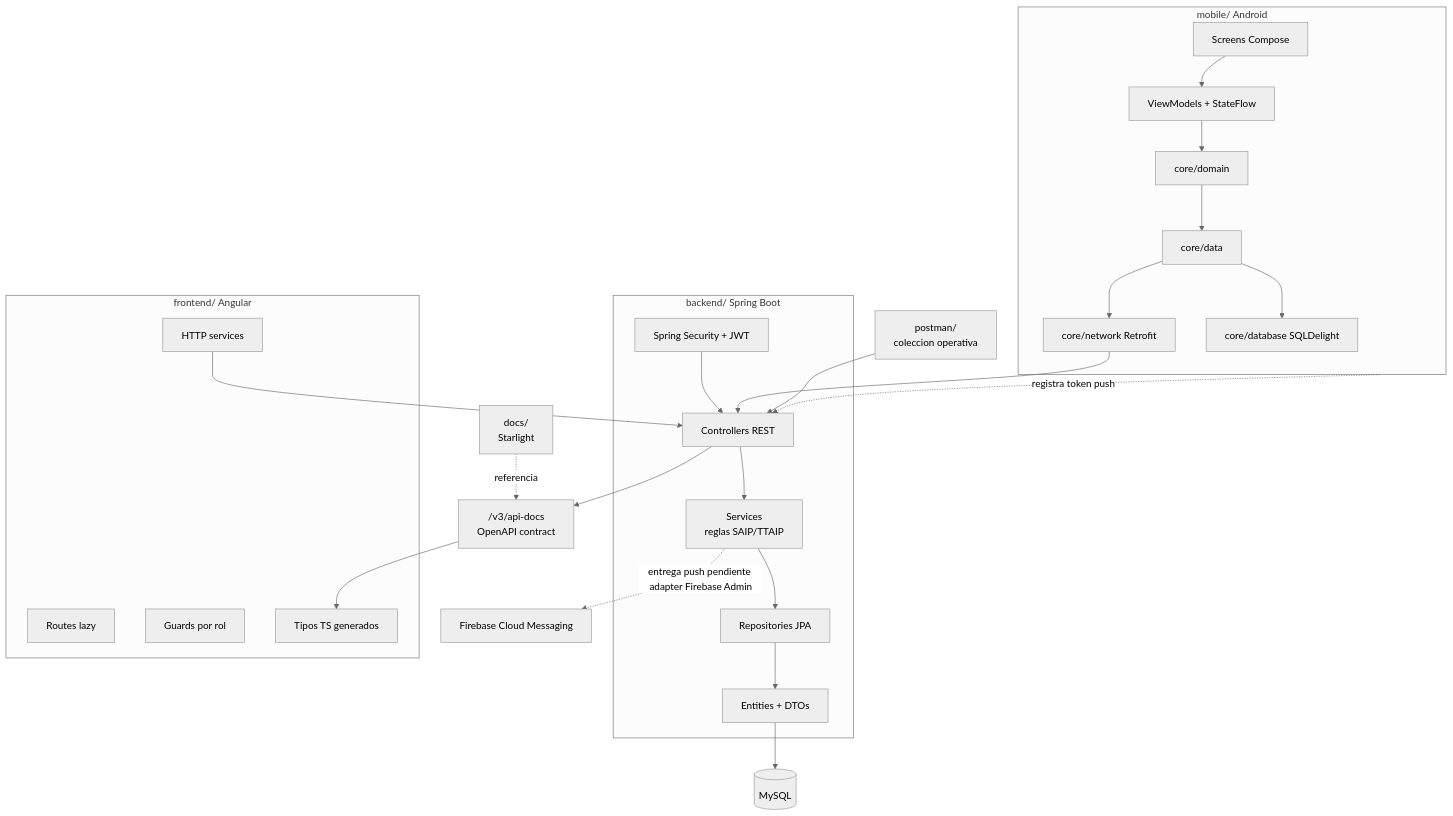
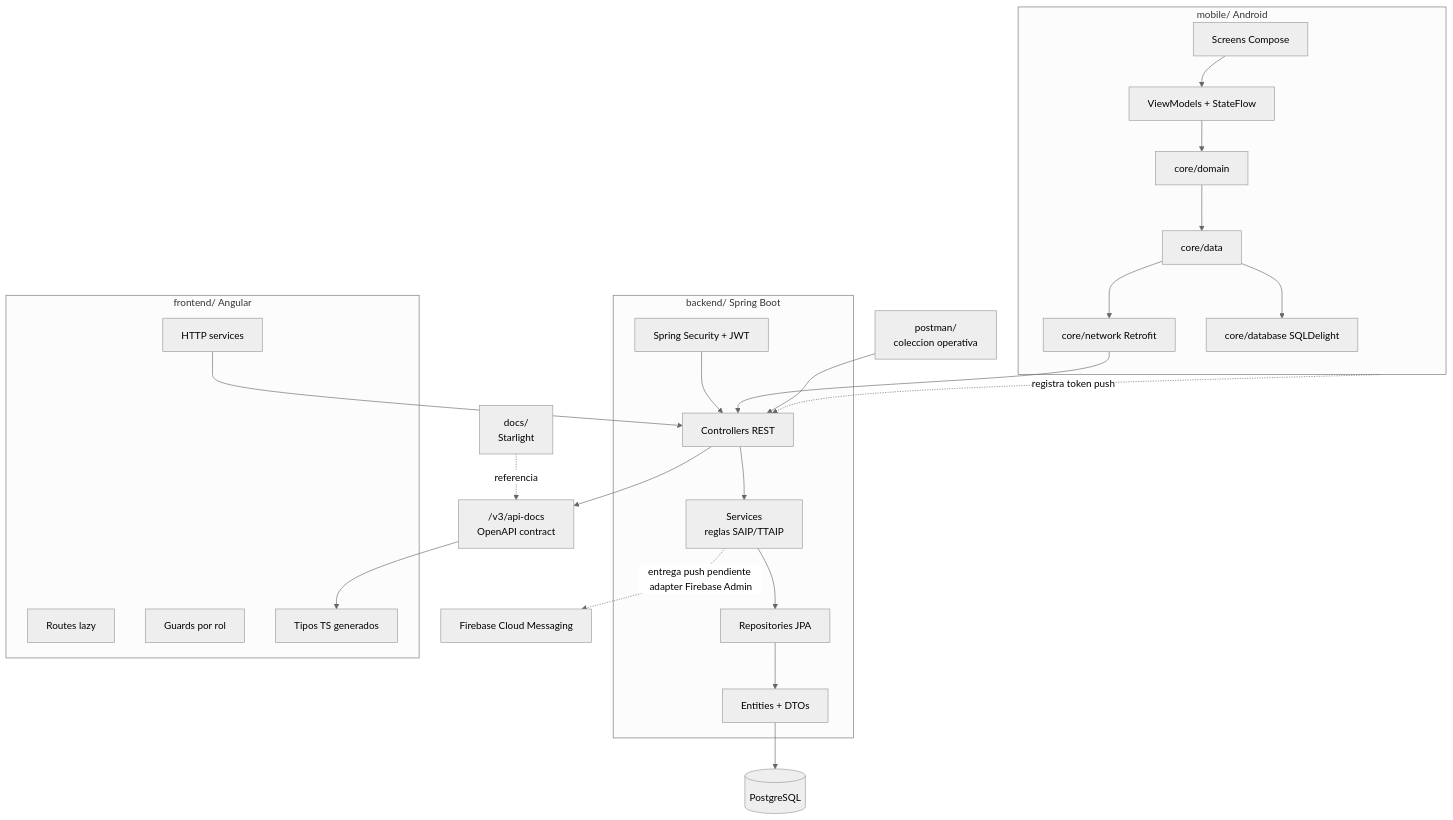
One commit to transparenciapublicadev/plataforma-saip-apelaciones changed the first of 2 diagrams in docs/src/content/docs/introduccion/arquitectura.mdx. Above: the diagram before and after it, drawn with Mermaid (neutral theme). The commit also changed other lines of this file and 18 other files, not shown here.

Commit message:
📝 docs: update all documentation for PostgreSQL as default runtime

````diff
--- a/docs/src/content/docs/introduccion/arquitectura.mdx
+++ b/docs/src/content/docs/introduccion/arquitectura.mdx
@@ -14,47 +14,47 @@
 ```mermaid
 flowchart TB
     subgraph Backend["backend/ Spring Boot"]
         Controllers["Controllers REST"]
         Services["Services\nreglas SAIP/TTAIP"]
         Repos["Repositories JPA"]
         Entities["Entities + DTOs"]
         Security["Spring Security + JWT"]
     end
 
-    DB[("MySQL")]
+    DB[("PostgreSQL")]
     OpenAPI["/v3/api-docs\nOpenAPI contract"]
 
     subgraph Frontend["frontend/ Angular"]
         Routes["Routes lazy"]
         Guards["Guards por rol"]
         ServicesFE["HTTP services"]
         ModelsTS["Tipos TS generados"]
     end
 
     subgraph Mobile["mobile/ Android"]
         Compose["Screens Compose"]
         ViewModels["ViewModels + StateFlow"]
         Domain["core/domain"]
         Data["core/data"]
         Network["core/network Retrofit"]
         LocalDB["core/database SQLDelight"]
     end
 
     Postman["postman/\ncoleccion operativa"]
     Docs["docs/\nStarlight"]
     FCM["Firebase Cloud Messaging"]
 
     Security --> Controllers --> Services --> Repos --> Entities --> DB
     Controllers --> OpenAPI
     OpenAPI --> ModelsTS
     ServicesFE --> Controllers
     Network --> Controllers
     Data --> Network
     Data --> LocalDB
     ViewModels --> Domain --> Data
     Compose --> ViewModels
     Postman --> Controllers
     Docs -. referencia .-> OpenAPI
     Mobile -. registra token push .-> Controllers
     Services -. entrega push pendiente adapter Firebase Admin .-> FCM
 ```
````
